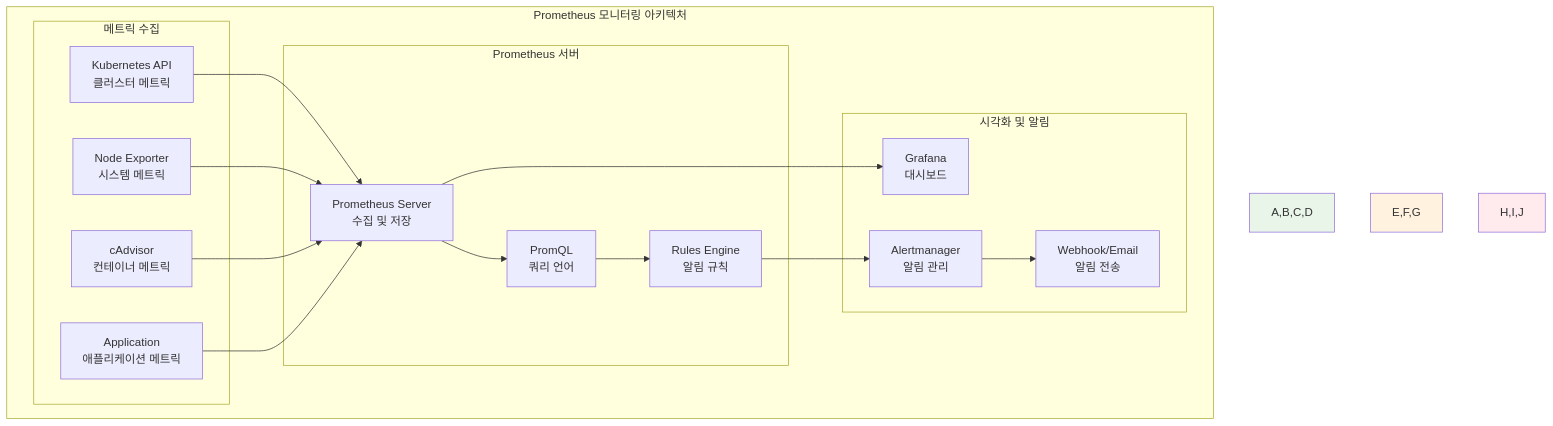
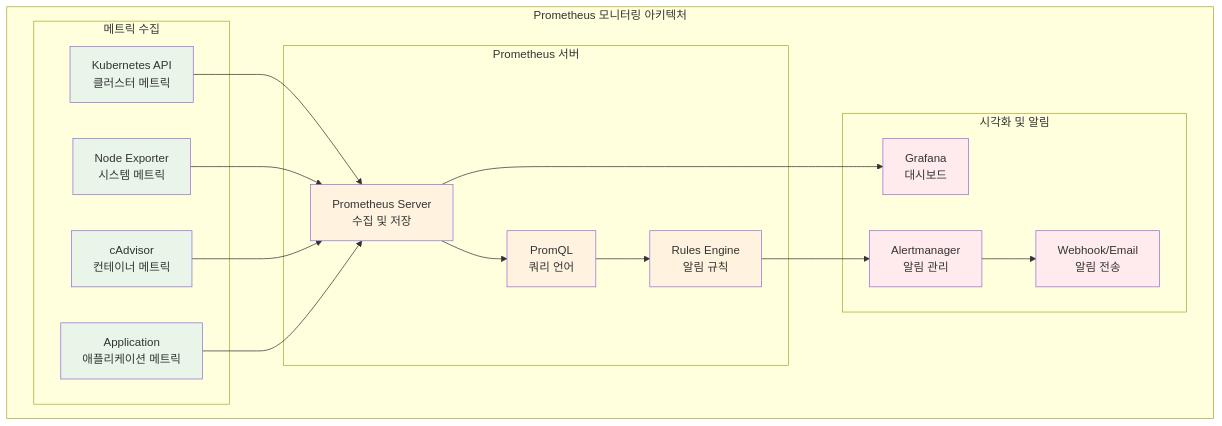
The first of 4 diagrams in theory/week_03/day5/README.md (niceguy61/kdt_devops_lecture_2025), drawn with Mermaid before and after one commit. The commit also changed other lines of this file and 12 other files, not shown here.

Commit message:
mermaid 수정

````diff
--- a/theory/week_03/day5/README.md
+++ b/theory/week_03/day5/README.md
@@ -37,37 +37,44 @@
 ```mermaid
 graph TB
     subgraph "Prometheus 모니터링 아키텍처"
         subgraph "메트릭 수집"
             A[Kubernetes API<br/>클러스터 메트릭]
             B[Node Exporter<br/>시스템 메트릭]
             C[cAdvisor<br/>컨테이너 메트릭]
             D[Application<br/>애플리케이션 메트릭]
         end
         
         subgraph "Prometheus 서버"
             E[Prometheus Server<br/>수집 및 저장]
             F[PromQL<br/>쿼리 언어]
             G[Rules Engine<br/>알림 규칙]
         end
         
         subgraph "시각화 및 알림"
             H[Grafana<br/>대시보드]
             I[Alertmanager<br/>알림 관리]
             J[Webhook/Email<br/>알림 전송]
         end
     end
     
     A --> E
     B --> E
     C --> E
     D --> E
     E --> F
     F --> G
     E --> H
     G --> I
     I --> J
     
-    style A,B,C,D fill:#e8f5e8
-    style E,F,G fill:#fff3e0
-    style H,I,J fill:#ffebee
+    style A fill:#e8f5e8
+    style B fill:#e8f5e8
+    style C fill:#e8f5e8
+    style D fill:#e8f5e8
+    style E fill:#fff3e0
+    style F fill:#fff3e0
+    style G fill:#fff3e0
+    style H fill:#ffebee
+    style I fill:#ffebee
+    style J fill:#ffebee
 ```
````
